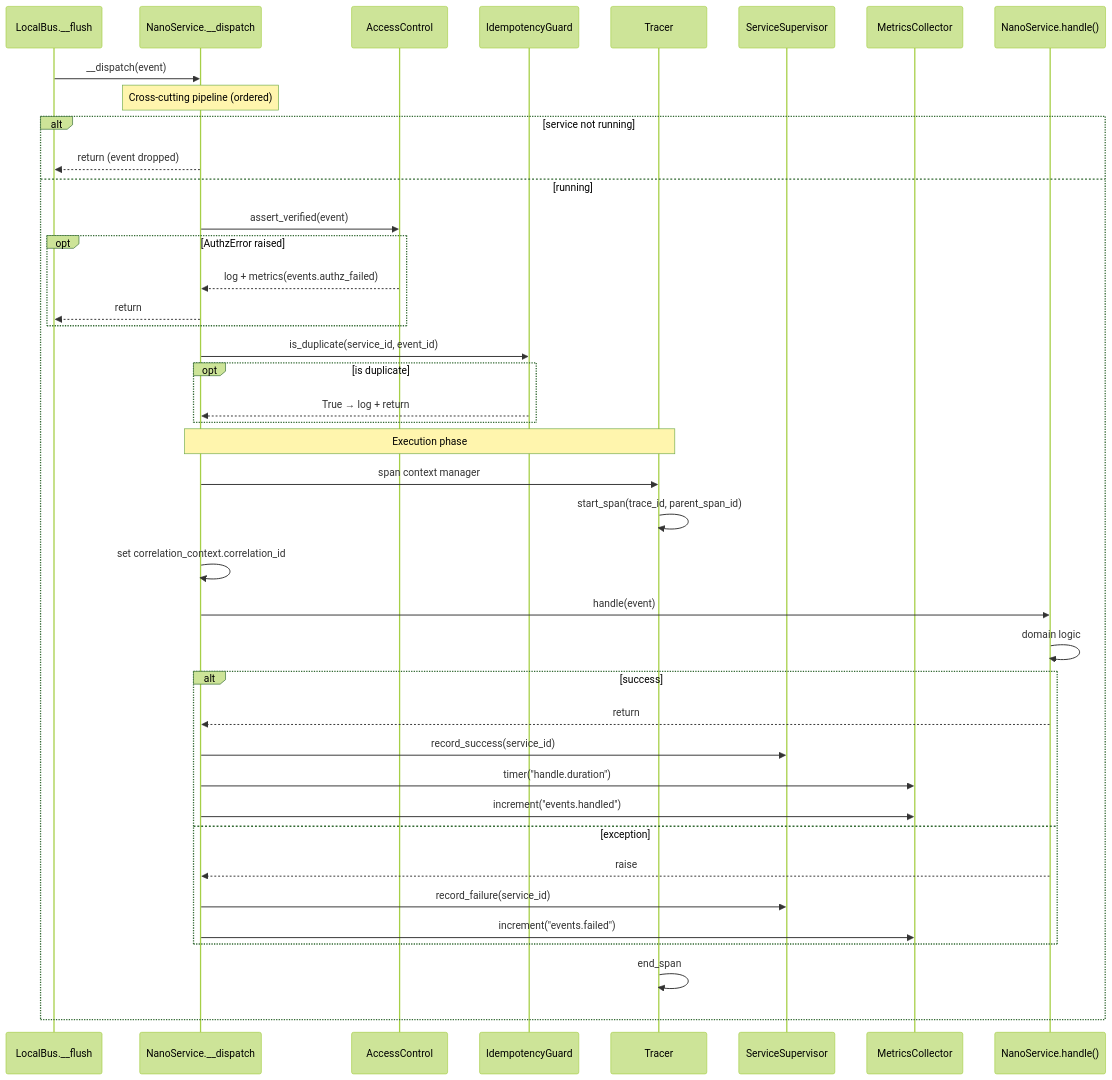
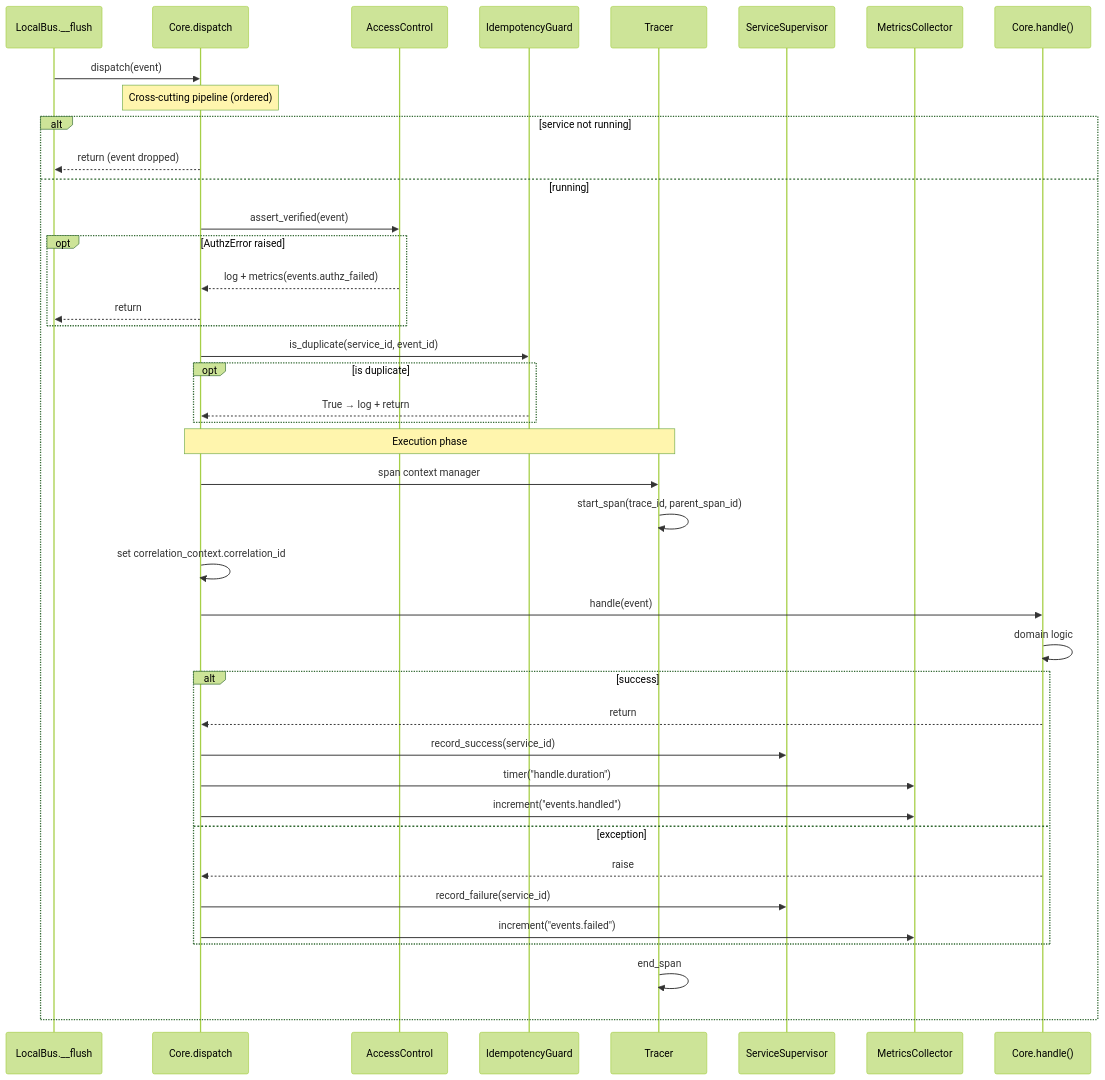
The third of 7 diagrams in docs/SYSTEM_DESIGN.md (sachn-cs/unsecured-lending-underwriting), drawn with Mermaid (forest theme) before and after one commit. The commit also changed other lines of this file, not shown here.

````diff
--- a/docs/SYSTEM_DESIGN.md
+++ b/docs/SYSTEM_DESIGN.md
@@ -372,49 +372,49 @@
 ```mermaid
 sequenceDiagram
     participant Bus as LocalBus.__flush
-    participant Sub as NanoService.__dispatch
+    participant Sub as Core.dispatch
     participant Authz as AccessControl
     participant Idem as IdempotencyGuard
     participant Tracer as Tracer
     participant Sup as ServiceSupervisor
     participant Metrics as MetricsCollector
-    participant Handler as NanoService.handle()
+    participant Handler as Core.handle()
 
-    Bus->>Sub: __dispatch(event)
+    Bus->>Sub: dispatch(event)
     Note over Sub: Cross-cutting pipeline (ordered)
 
     alt service not running
         Sub-->>Bus: return (event dropped)
     else running
         Sub->>Authz: assert_verified(event)
         opt AuthzError raised
             Authz-->>Sub: log + metrics(events.authz_failed)
             Sub-->>Bus: return
         end
 
         Sub->>Idem: is_duplicate(service_id, event_id)
         opt is duplicate
             Idem-->>Sub: True → log + return
         end
 
         Note over Sub,Tracer: Execution phase
         Sub->>Tracer: span context manager
         Tracer->>Tracer: start_span(trace_id, parent_span_id)
 
         Sub->>Sub: set correlation_context.correlation_id
         Sub->>Handler: handle(event)
         Handler->>Handler: domain logic
         alt success
             Handler-->>Sub: return
             Sub->>Sup: record_success(service_id)
             Sub->>Metrics: timer("handle.duration")
             Sub->>Metrics: increment("events.handled")
         else exception
             Handler-->>Sub: raise
             Sub->>Sup: record_failure(service_id)
             Sub->>Metrics: increment("events.failed")
         end
 
         Tracer->>Tracer: end_span
     end
 ```
````
